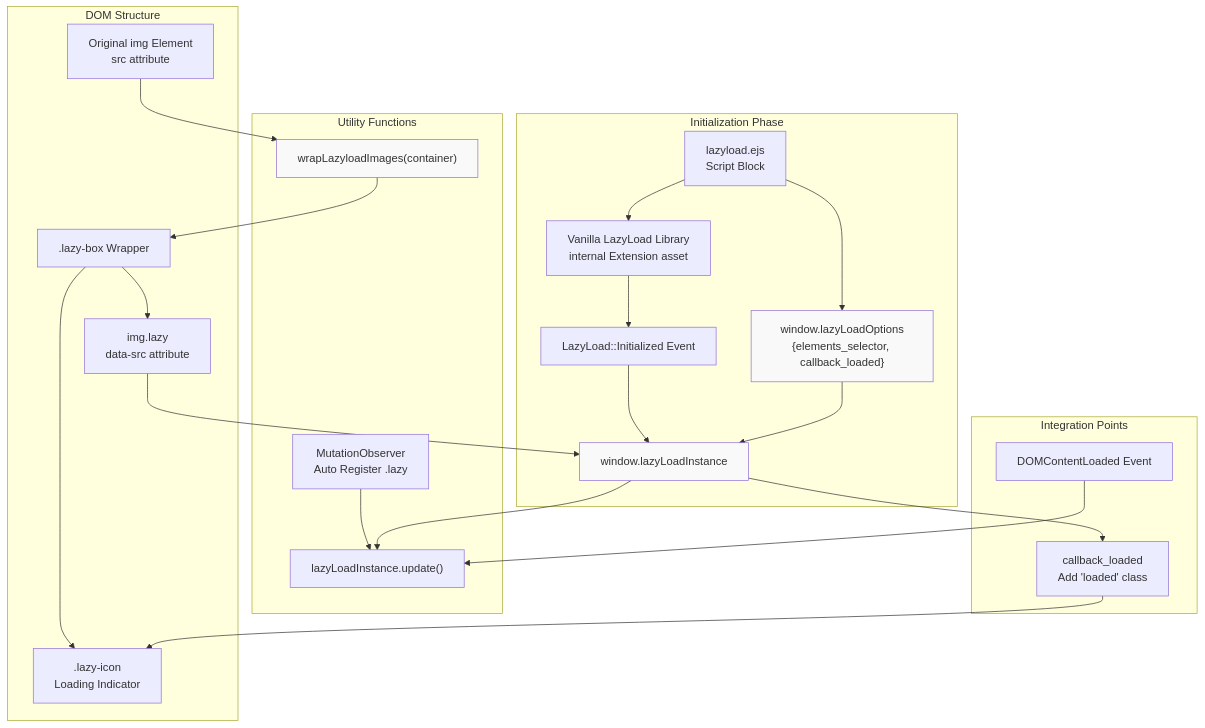
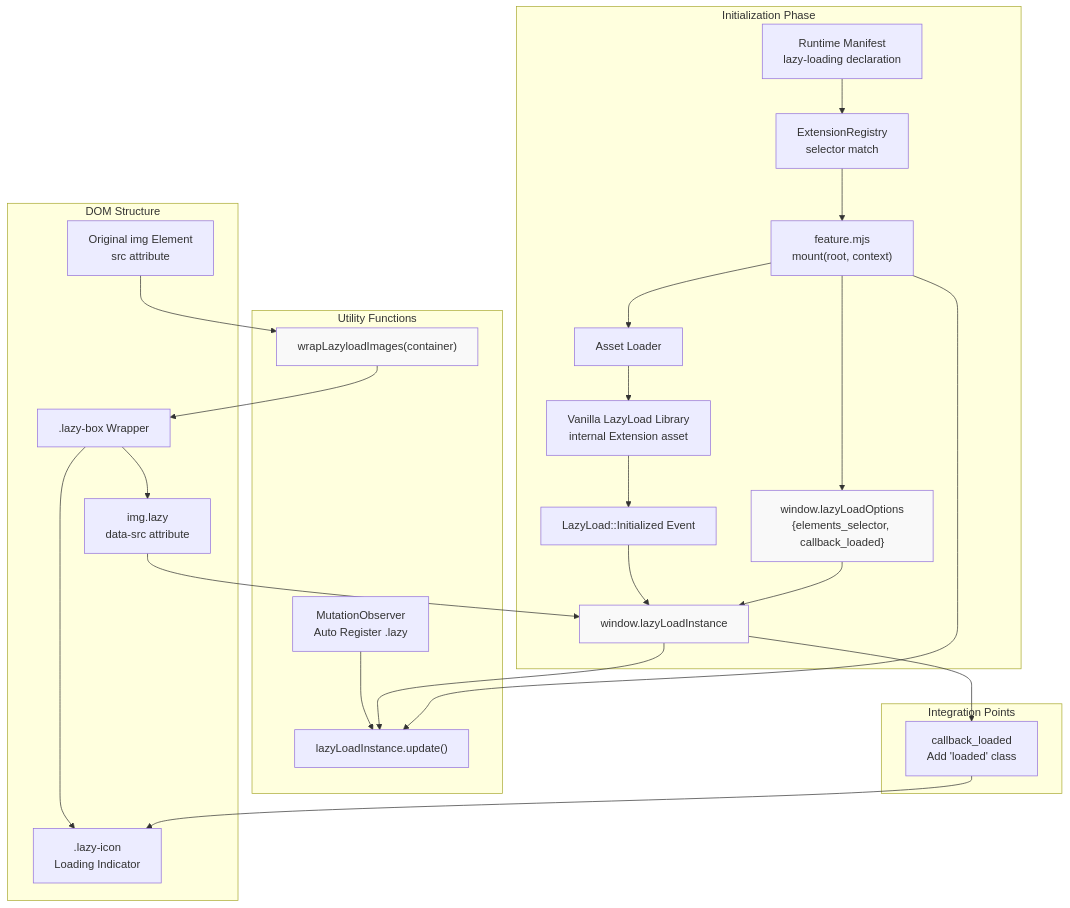
The first of 4 diagrams in docs/knowledge/07-外部集成/lazy-loading-images.md (xaoxuu/hexo-theme-stellar), drawn with Mermaid before and after one commit. The commit also changed other lines of this file and 72 other files, not shown here.

````diff
--- a/docs/knowledge/07-外部集成/lazy-loading-images.md
+++ b/docs/knowledge/07-外部集成/lazy-loading-images.md
@@ -52,52 +52,57 @@
 ```mermaid
 graph TB
     subgraph "Initialization Phase"
-        SCRIPT["lazyload.ejs<br/>Script Block"]
+        MANIFEST["Runtime Manifest<br/>lazy-loading declaration"]
+        REGISTRY["ExtensionRegistry<br/>selector match"]
+        MOUNT["feature.mjs<br/>mount(root, context)"]
+        SCRIPT["Asset Loader"]
         CDN["Vanilla LazyLoad Library<br/>internal Extension asset"]
         OPTIONS["window.lazyLoadOptions<br/>{elements_selector, callback_loaded}"]
         EVENT["LazyLoad::Initialized Event"]
         INSTANCE["window.lazyLoadInstance"]
     end
     
     subgraph "DOM Structure"
         IMG["Original img Element<br/>src attribute"]
         LAZYBOX[".lazy-box Wrapper"]
         LAZYIMG["img.lazy<br/>data-src attribute"]
         LAZYICON[".lazy-icon<br/>Loading Indicator"]
     end
     
     subgraph "Utility Functions"
         WRAP["wrapLazyloadImages(container)"]
         MUTATION["MutationObserver<br/>Auto Register .lazy"]
         UPDATE["lazyLoadInstance.update()"]
     end
     
     subgraph "Integration Points"
-        DOMREADY["DOMContentLoaded Event"]
         CALLBACK["callback_loaded<br/>Add 'loaded' class"]
     end
     
+    MANIFEST --> REGISTRY
+    REGISTRY --> MOUNT
+    MOUNT --> SCRIPT
+    MOUNT --> OPTIONS
     SCRIPT --> CDN
-    SCRIPT --> OPTIONS
     CDN --> EVENT
     EVENT --> INSTANCE
     
     IMG --> WRAP
     WRAP --> LAZYBOX
     LAZYBOX --> LAZYIMG
     LAZYBOX --> LAZYICON
     MUTATION --> UPDATE
     
     OPTIONS --> INSTANCE
     INSTANCE --> UPDATE
     
-    DOMREADY --> UPDATE
+    MOUNT --> UPDATE
     
     LAZYIMG --> INSTANCE
     INSTANCE --> CALLBACK
     CALLBACK --> LAZYICON
     
     style INSTANCE fill:#f9f9f9
     style WRAP fill:#f9f9f9
     style OPTIONS fill:#f9f9f9
 ```
````
